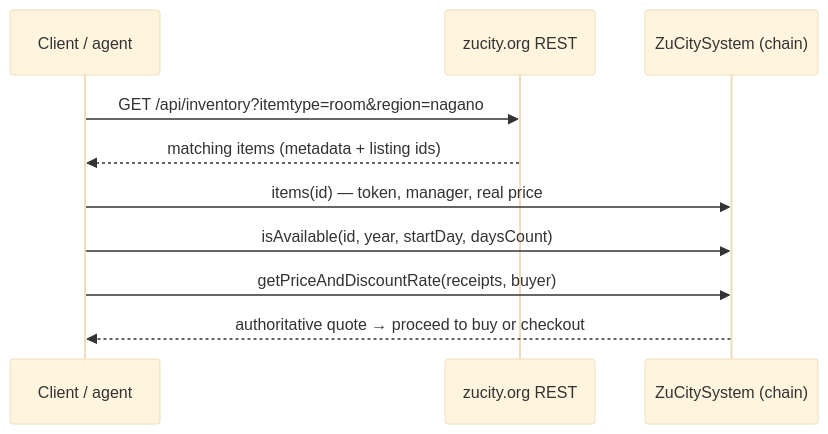
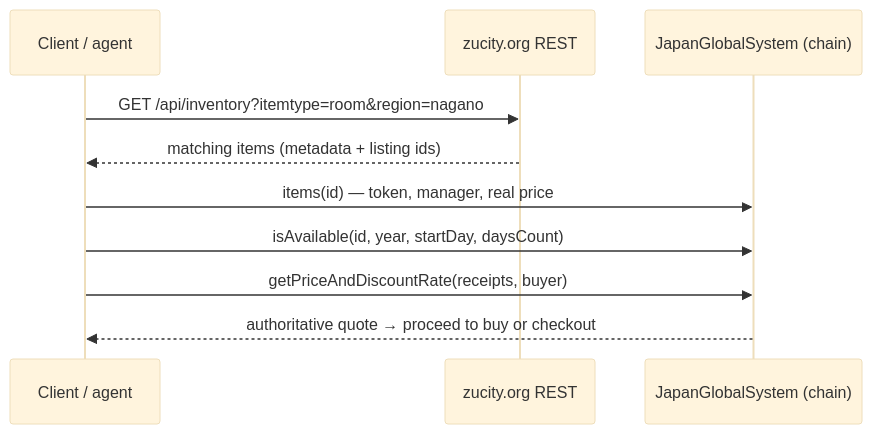
Before and after one commit to kibagateaux/zucity-api-docs: the first of 5 diagrams in api.md, drawn with Mermaid (base theme). The commit also changed other lines of this file and 8 other files, not shown here.

````diff
--- a/api.md
+++ b/api.md
@@ -14,12 +14,12 @@
 ```mermaid
 sequenceDiagram
     participant C as Client / agent
     participant R as zucity.org REST
-    participant Z as ZuCitySystem (chain)
+    participant Z as JapanGlobalSystem (chain)
     C->>R: GET /api/inventory?itemtype=room&region=nagano
     R-->>C: matching items (metadata + listing ids)
     C->>Z: items(id) — token, manager, real price
     C->>Z: isAvailable(id, year, startDay, daysCount)
     C->>Z: getPriceAndDiscountRate(receipts, buyer)
     Z-->>C: authoritative quote → proceed to buy or checkout
 ```
````
